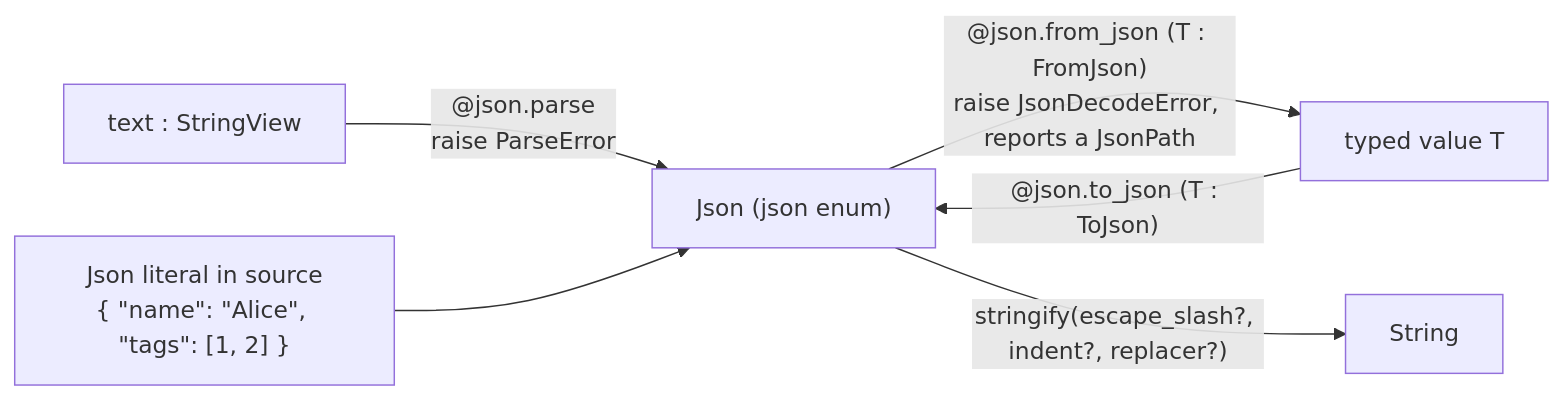
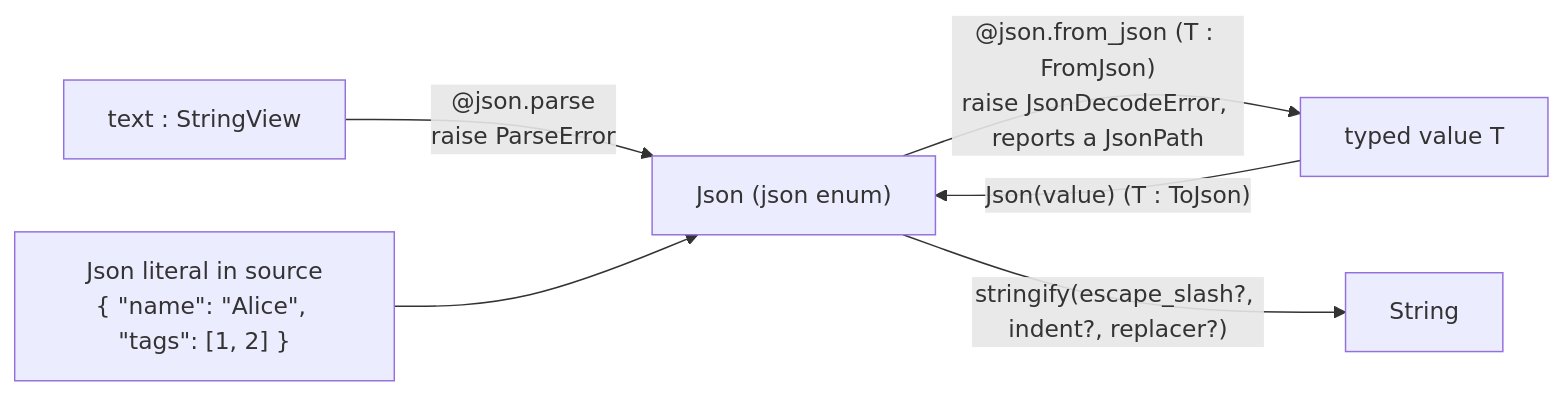
Before and after one commit to moonbitlang/core: the diagram in json/README.mbt.md, drawn with Mermaid. The commit also changed 22 other files, not shown here.

````diff
--- a/json/README.mbt.md
+++ b/json/README.mbt.md
@@ -12,8 +12,8 @@
 ```mermaid
 flowchart LR
   S["text : StringView"] -->|"@json.parse<br/>raise ParseError"| J["Json (json enum)"]
   L["Json literal in source<br/>{ &quot;name&quot;: &quot;Alice&quot;, &quot;tags&quot;: [1, 2] }"] --> J
   J -->|"@json.from_json (T : FromJson)<br/>raise JsonDecodeError, reports a JsonPath"| T["typed value T"]
-  T -->|"@json.to_json (T : ToJson)"| J
+  T -->|"Json(value) (T : ToJson)"| J
   J -->|"stringify(escape_slash?, indent?, replacer?)"| O["String"]
 ```
````
